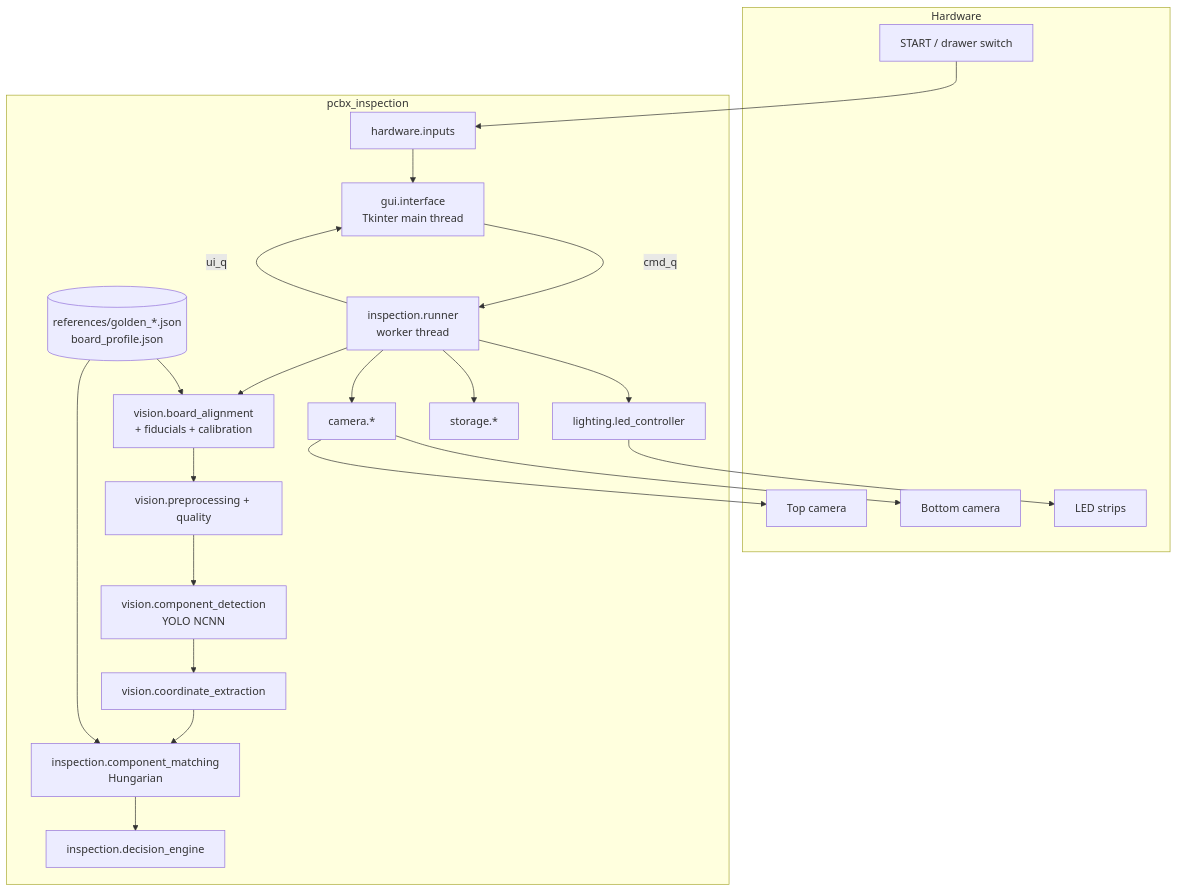
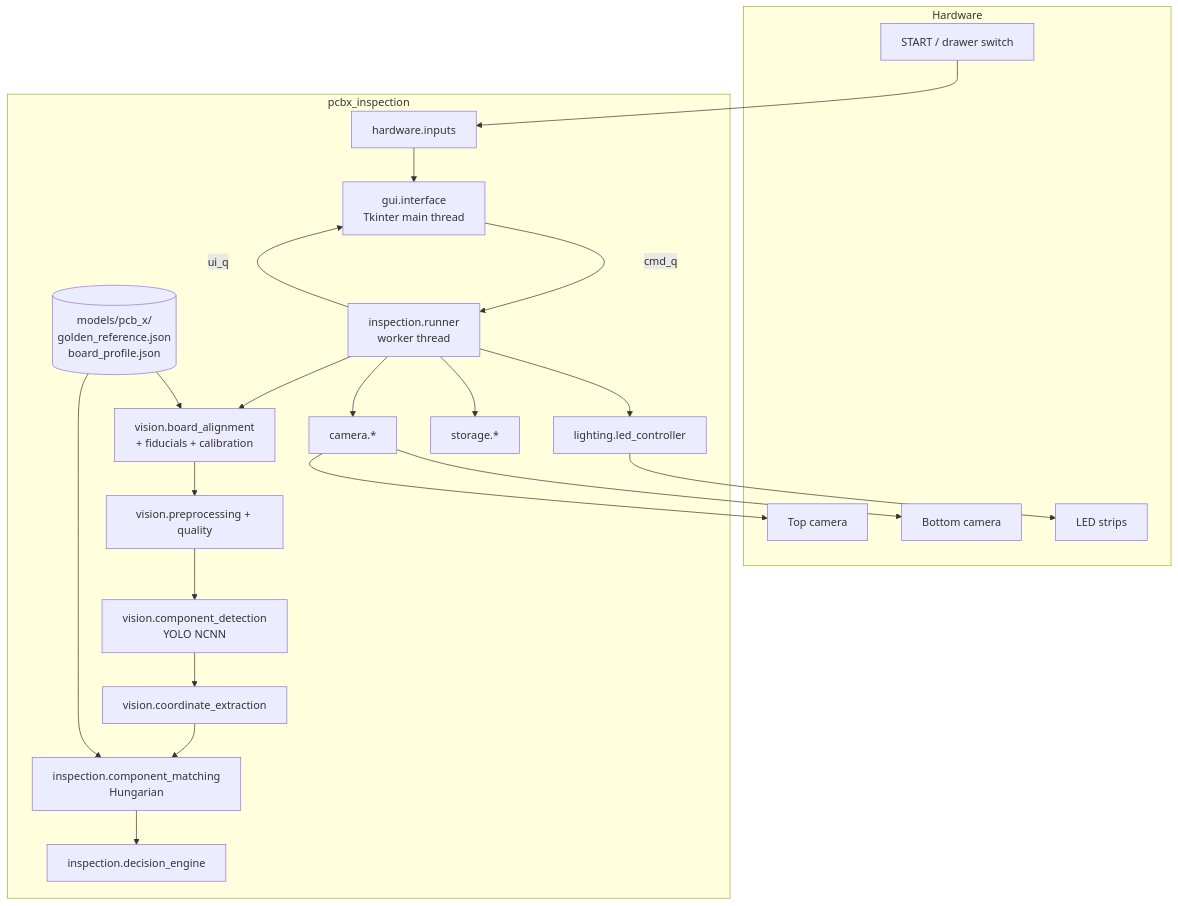
The first of 2 diagrams in docs/C_Pi_Software_Roadmap.md (guiller727/Capstone-PORTABLE-EDGE-AI-INSPECTION-CHAMBER), drawn with Mermaid before and after one commit. The commit also changed other lines of this file and 89 other files, not shown here.

````diff
--- a/docs/C_Pi_Software_Roadmap.md
+++ b/docs/C_Pi_Software_Roadmap.md
@@ -91,32 +103,32 @@
 ```mermaid
 flowchart TB
   subgraph HW[Hardware]
     CT[Top camera]
     CB[Bottom camera]
     LED[LED strips]
     BTN[START / drawer switch]
   end
   subgraph APP[pcbx_inspection]
     GUI[gui.interface<br/>Tkinter main thread]
     RUN[inspection.runner<br/>worker thread]
     CAM[camera.*]
     LGT[lighting.led_controller]
     INP[hardware.inputs]
     ALN[vision.board_alignment<br/>+ fiducials + calibration]
     PRE[vision.preprocessing + quality]
     DET[vision.component_detection<br/>YOLO NCNN]
     CRD[vision.coordinate_extraction]
     MAT[inspection.component_matching<br/>Hungarian]
     DEC[inspection.decision_engine]
-    GLD[(references/golden_*.json<br/>board_profile.json)]
+    GLD[(models/pcb_x/<br/>golden_reference.json<br/>board_profile.json)]
     LOG[storage.*]
   end
   BTN --> INP --> GUI
   GUI -- cmd_q --> RUN
   RUN -- ui_q --> GUI
   RUN --> LGT --> LED
   RUN --> CAM --> CT & CB
   RUN --> ALN --> PRE --> DET --> CRD --> MAT --> DEC
   GLD --> ALN & MAT
   RUN --> LOG
 ```
````
